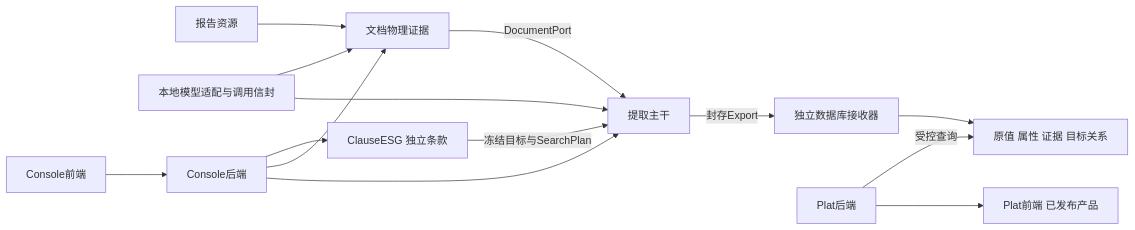
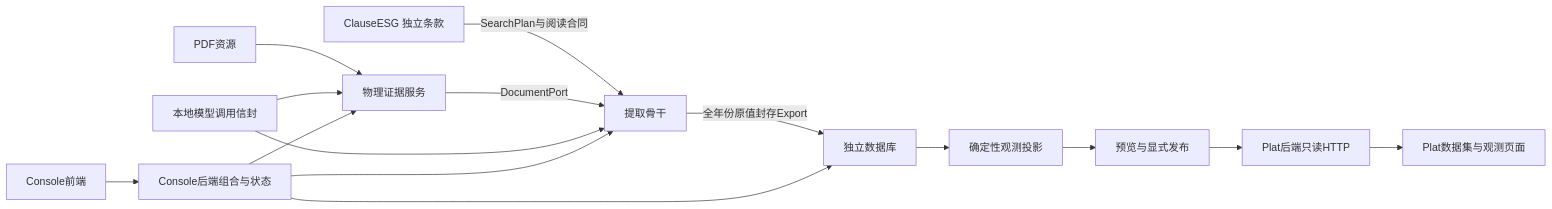
The diagram in docs/architecture/README.md (ChoneyChen/ESG_DATA_PLATFORM), drawn with Mermaid before and after one commit. The commit also changed other lines of this file and 35 other files, not shown here.

````diff
--- a/docs/architecture/README.md
+++ b/docs/architecture/README.md
@@ -5,16 +5,17 @@
 ```mermaid
 flowchart LR
- C[ClauseESG 独立条款] -->|冻结目标与SearchPlan| E[提取主干]
- R[报告资源] --> D[文档物理证据]
+ C[ClauseESG 独立条款] -->|SearchPlan与阅读合同| E[提取骨干]
+ R[PDF资源] --> D[物理证据服务]
  D -->|DocumentPort| E
- M[本地模型适配与调用信封] --> D
+ M[本地模型调用信封] --> D
  M --> E
- U[Console前端] --> B[Console后端]
- B --> C
+ U[Console前端] --> B[Console后端组合与状态]
  B --> D
  B --> E
- E -->|封存Export| I[独立数据库接收器]
- I --> S[原值 属性 证据 目标关系]
- P[Plat后端] -->|受控查询| S
- P --> W[Plat前端 已发布产品]
+ E -->|全年份原值封存Export| I[独立数据库]
+ I --> O[确定性观测投影]
+ O --> V[预览与显式发布]
+ V --> P[Plat后端只读HTTP]
+ P --> W[Plat数据集与观测页面]
+ B --> I
 ```
````
